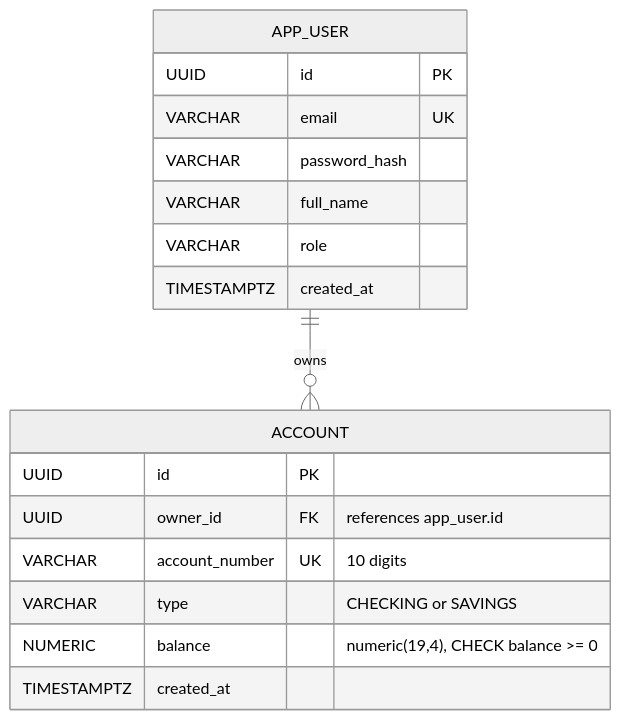
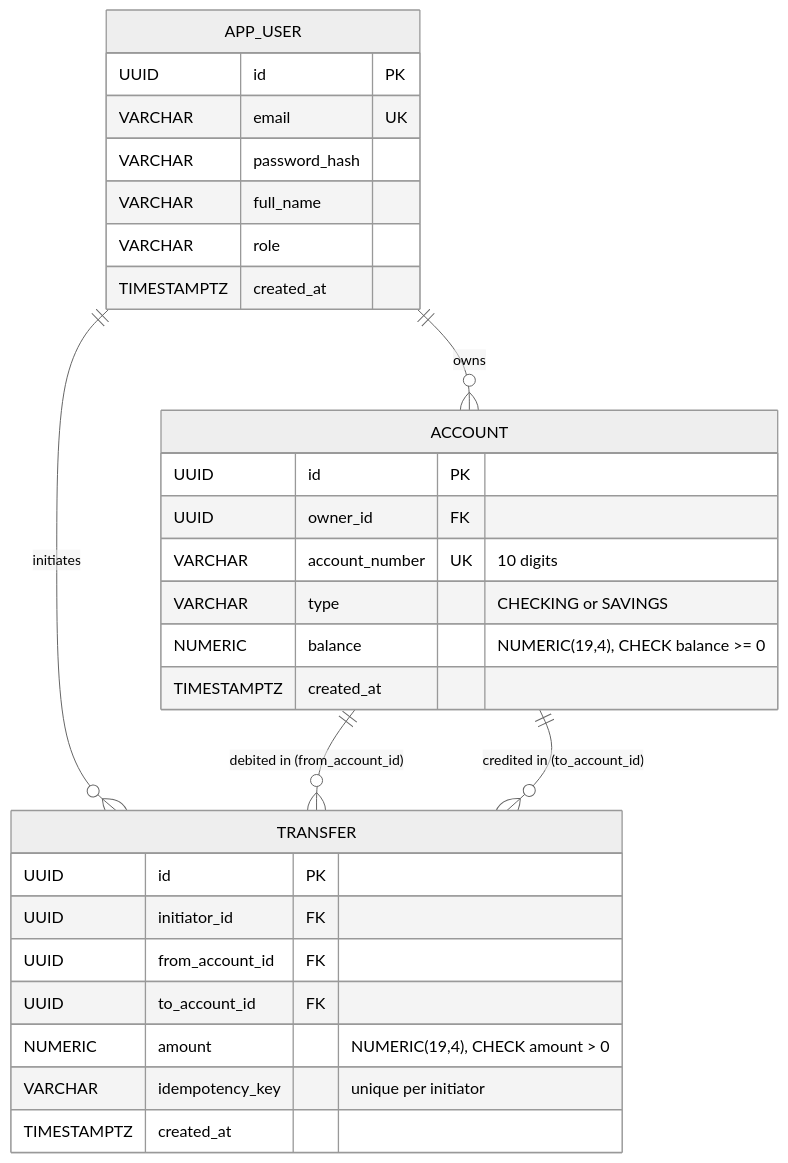
The first of 6 diagrams in docs/02-accounts.md (NikanEidi/ledgerlite), drawn with Mermaid (neutral theme) before and after one commit. The commit also changed other lines of this file and 15 other files, not shown here.

````diff
--- a/docs/02-accounts.md
+++ b/docs/02-accounts.md
@@ -32,22 +36,35 @@
 ```mermaid
 erDiagram
     APP_USER ||--o{ ACCOUNT : "owns"
+    APP_USER ||--o{ TRANSFER : "initiates"
+    ACCOUNT ||--o{ TRANSFER : "debited in (from_account_id)"
+    ACCOUNT ||--o{ TRANSFER : "credited in (to_account_id)"
 
     APP_USER {
         UUID id PK
         VARCHAR email UK
         VARCHAR password_hash
         VARCHAR full_name
         VARCHAR role
         TIMESTAMPTZ created_at
     }
 
     ACCOUNT {
         UUID id PK
-        UUID owner_id FK "references app_user.id"
+        UUID owner_id FK
         VARCHAR account_number UK "10 digits"
         VARCHAR type "CHECKING or SAVINGS"
-        NUMERIC balance "numeric(19,4), CHECK balance >= 0"
+        NUMERIC balance "NUMERIC(19,4), CHECK balance >= 0"
+        TIMESTAMPTZ created_at
+    }
+
+    TRANSFER {
+        UUID id PK
+        UUID initiator_id FK
+        UUID from_account_id FK
+        UUID to_account_id FK
+        NUMERIC amount "NUMERIC(19,4), CHECK amount > 0"
+        VARCHAR idempotency_key "unique per initiator"
         TIMESTAMPTZ created_at
     }
 ```
````
